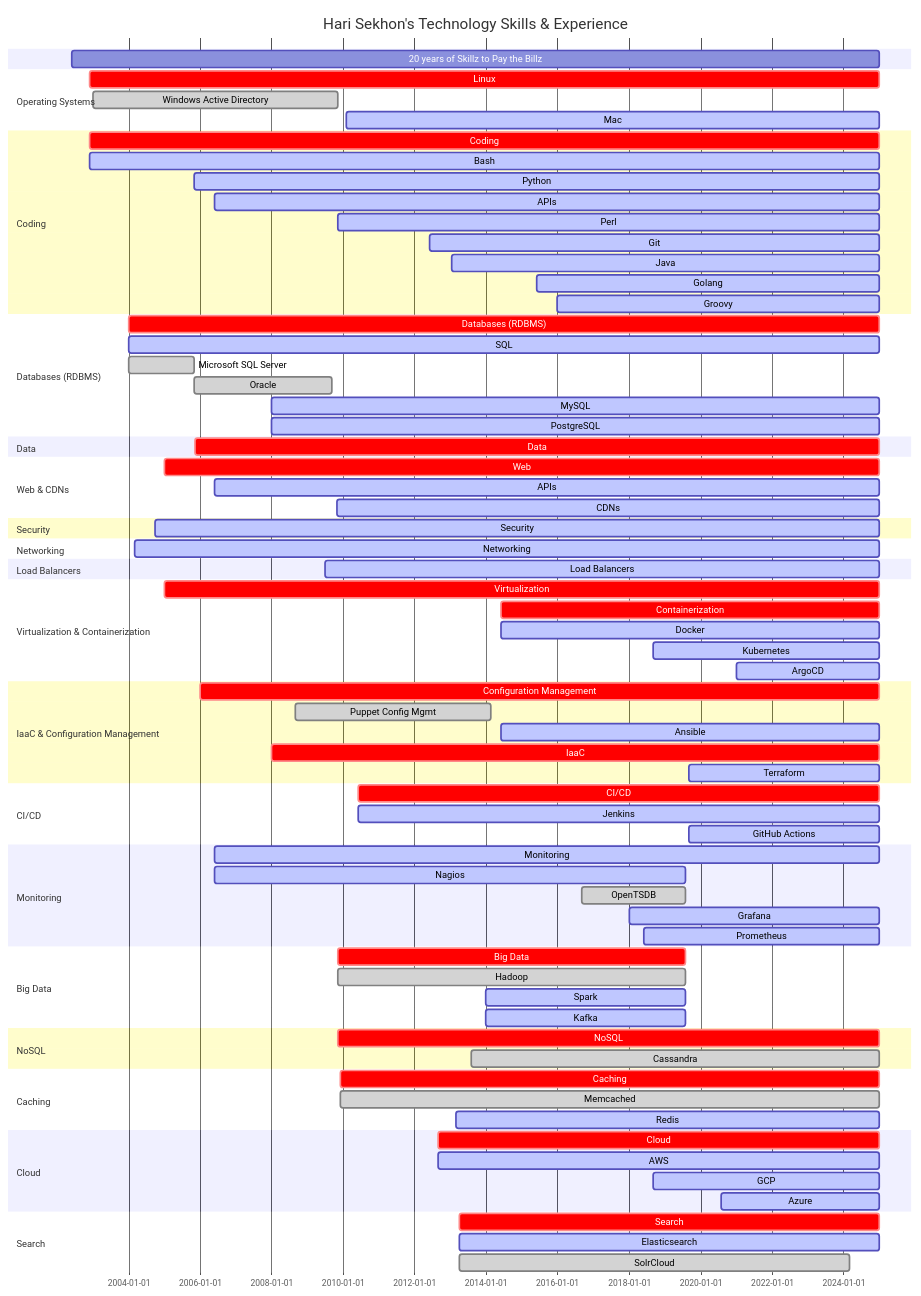
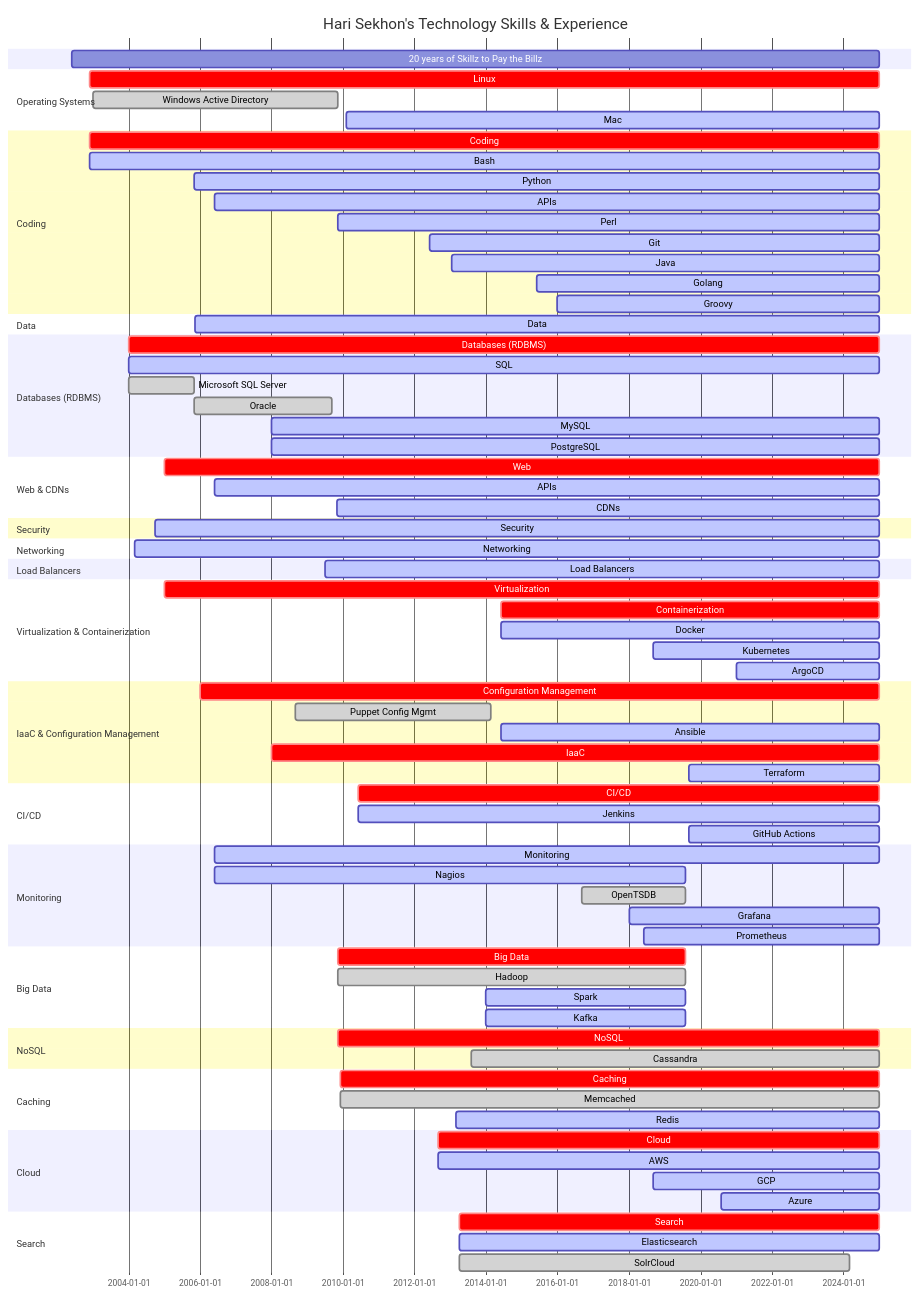
Before and after one commit to HariSekhon/HariSekhon: the diagram in README.md, drawn with Mermaid.

```diff
--- a/README.md
+++ b/README.md
@@ -317,6 +317,11 @@
     %%Git                    : active, 2012-06-01, 2024-12-31
     %%GitHub                 : active, 2012-12-31, 2024-12-31
 
+    section Data
+    Data                   : active, 2005-11-11, 2024-12-31
+    %%Data Validation        : done, 2006-06-01, 2024-12-31
+    %%Data Science           : done, 2013-01-18, 2024-12-31
+
     section Databases (RDBMS)
     Databases (RDBMS)      : crit, 2004-01-01, 2024-12-31
     SQL                    : active, 2004-01-01, 2024-12-31
@@ -324,11 +329,6 @@
     Oracle                 : done, 2005-11-01, 2009-09-10
     MySQL                  : active, 2008-01-01, 2024-12-31
     PostgreSQL             : active, 2008-01-01, 2024-12-31
-
-    section Data
-    Data                   : crit, 2005-11-11, 2024-12-31
-    %%Data Validation        : done, 2006-06-01, 2024-12-31
-    %%Data Science           : done, 2013-01-18, 2024-12-31
 
     section Web & CDNs
     Web                    : crit, 2005-01-01, 2024-12-31
```
